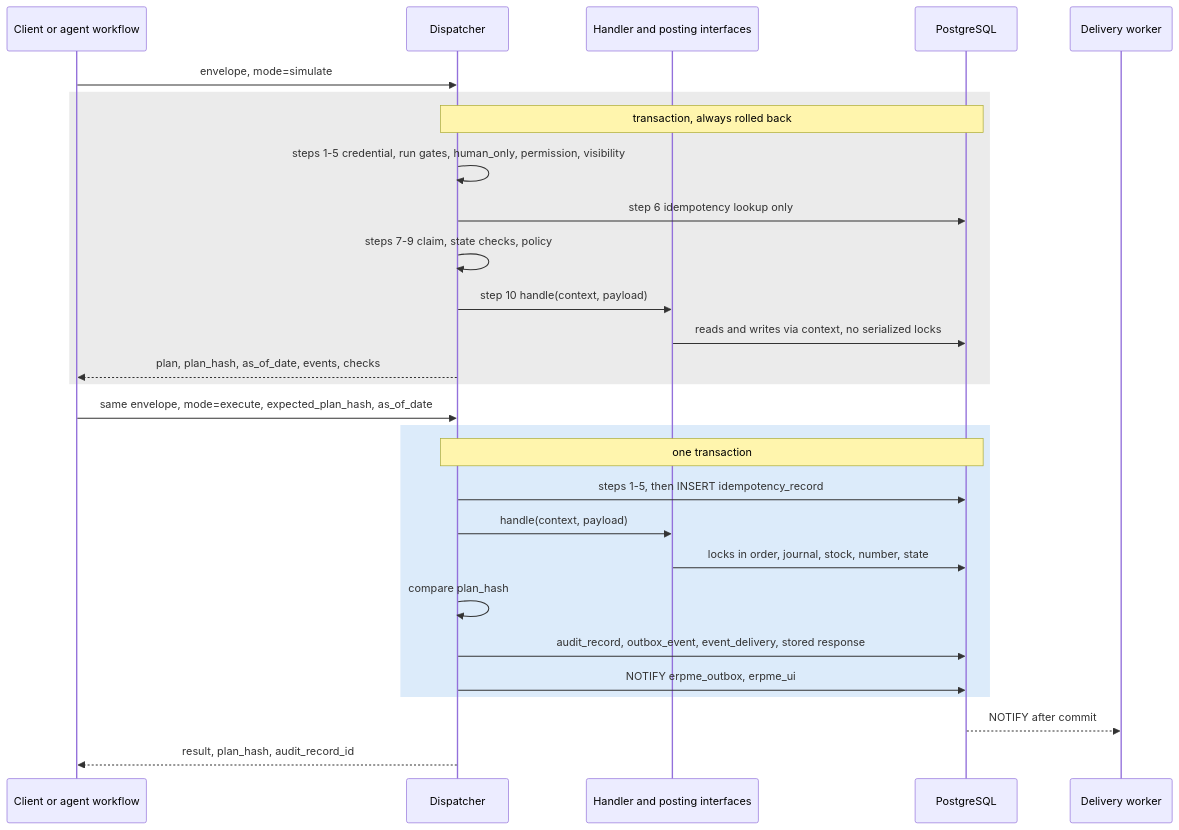
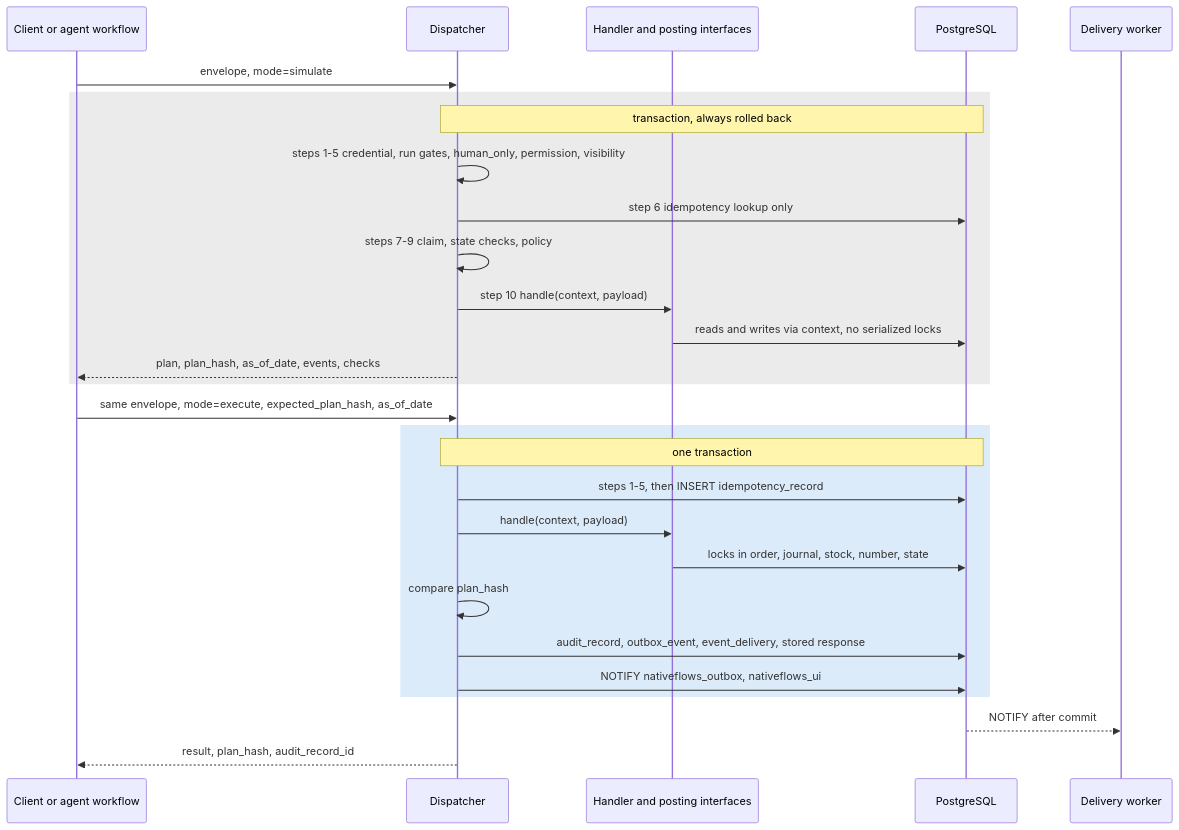
The seventh of 11 diagrams in docs/design/architecture-overview.md (AnGaudium/ERPMe), drawn with Mermaid before and after one commit. The commit also changed other lines of this file and 173 other files, not shown here.

````diff
--- a/docs/design/architecture-overview.md
+++ b/docs/design/architecture-overview.md
@@ -294,30 +294,30 @@
 ```mermaid
 sequenceDiagram
   participant C as Client or agent workflow
   participant D as Dispatcher
   participant H as Handler and posting interfaces
   participant DB as PostgreSQL
   participant W as Delivery worker
   C->>D: envelope, mode=simulate
   rect rgb(235, 235, 235)
   note over D,DB: transaction, always rolled back
   D->>D: steps 1-5 credential, run gates, human_only, permission, visibility
   D->>DB: step 6 idempotency lookup only
   D->>D: steps 7-9 claim, state checks, policy
   D->>H: step 10 handle(context, payload)
   H->>DB: reads and writes via context, no serialized locks
   D-->>C: plan, plan_hash, as_of_date, events, checks
   end
   C->>D: same envelope, mode=execute, expected_plan_hash, as_of_date
   rect rgb(220, 235, 250)
   note over D,DB: one transaction
   D->>DB: steps 1-5, then INSERT idempotency_record
   D->>H: handle(context, payload)
   H->>DB: locks in order, journal, stock, number, state
   D->>D: compare plan_hash
   D->>DB: audit_record, outbox_event, event_delivery, stored response
-  D->>DB: NOTIFY erpme_outbox, erpme_ui
+  D->>DB: NOTIFY nativeflows_outbox, nativeflows_ui
   end
   DB-->>W: NOTIFY after commit
   D-->>C: result, plan_hash, audit_record_id
 ```
````
